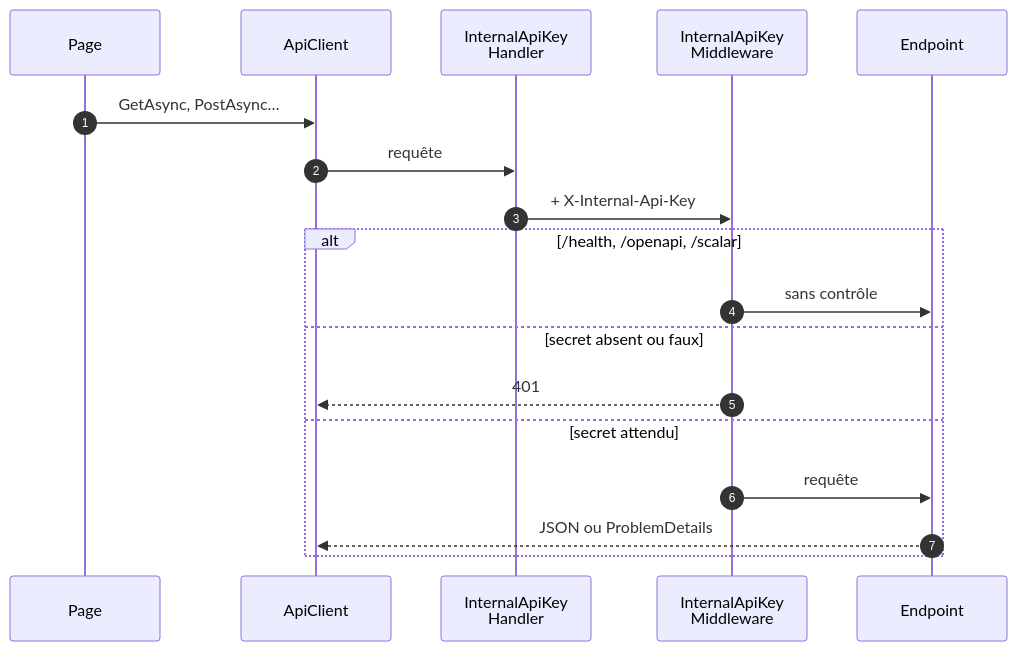
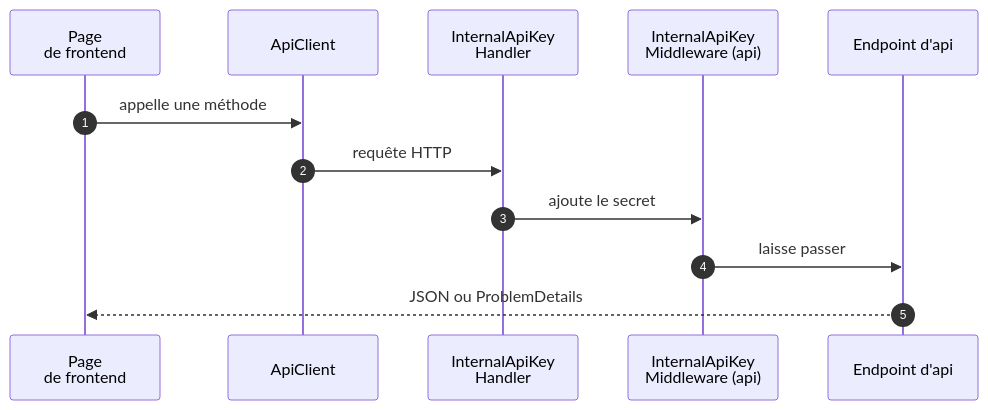
One commit to Tetram76/bdtheque-claude changed the third of 3 diagrams in docs/tech/mecanismes/authentification-et-appels-internes.md. Above: the diagram before and after it, drawn with Mermaid. The commit also changed other lines of this file and 41 other files, not shown here.

````diff
--- a/docs/tech/mecanismes/authentification-et-appels-internes.md
+++ b/docs/tech/mecanismes/authentification-et-appels-internes.md
@@ -61,21 +66,15 @@
 ```mermaid
 sequenceDiagram
     autonumber
-    participant page as Page
+    participant page as Page<br/>de frontend
     participant client as ApiClient
     participant handler as InternalApiKey<br/>Handler
-    participant middleware as InternalApiKey<br/>Middleware
-    participant endpoint as Endpoint
+    participant middleware as InternalApiKey<br/>Middleware (api)
+    participant endpoint as Endpoint d'api
 
-    page->>client: GetAsync, PostAsync…
-    client->>handler: requête
-    handler->>middleware: + X-Internal-Api-Key
-    alt /health, /openapi, /scalar
-        middleware->>endpoint: sans contrôle
-    else secret absent ou faux
-        middleware-->>client: 401
-    else secret attendu
-        middleware->>endpoint: requête
-        endpoint-->>client: JSON ou ProblemDetails
-    end
+    page->>client: appelle une méthode
+    client->>handler: requête HTTP
+    handler->>middleware: ajoute le secret
+    middleware->>endpoint: laisse passer
+    endpoint-->>page: JSON ou ProblemDetails
 ```
````
